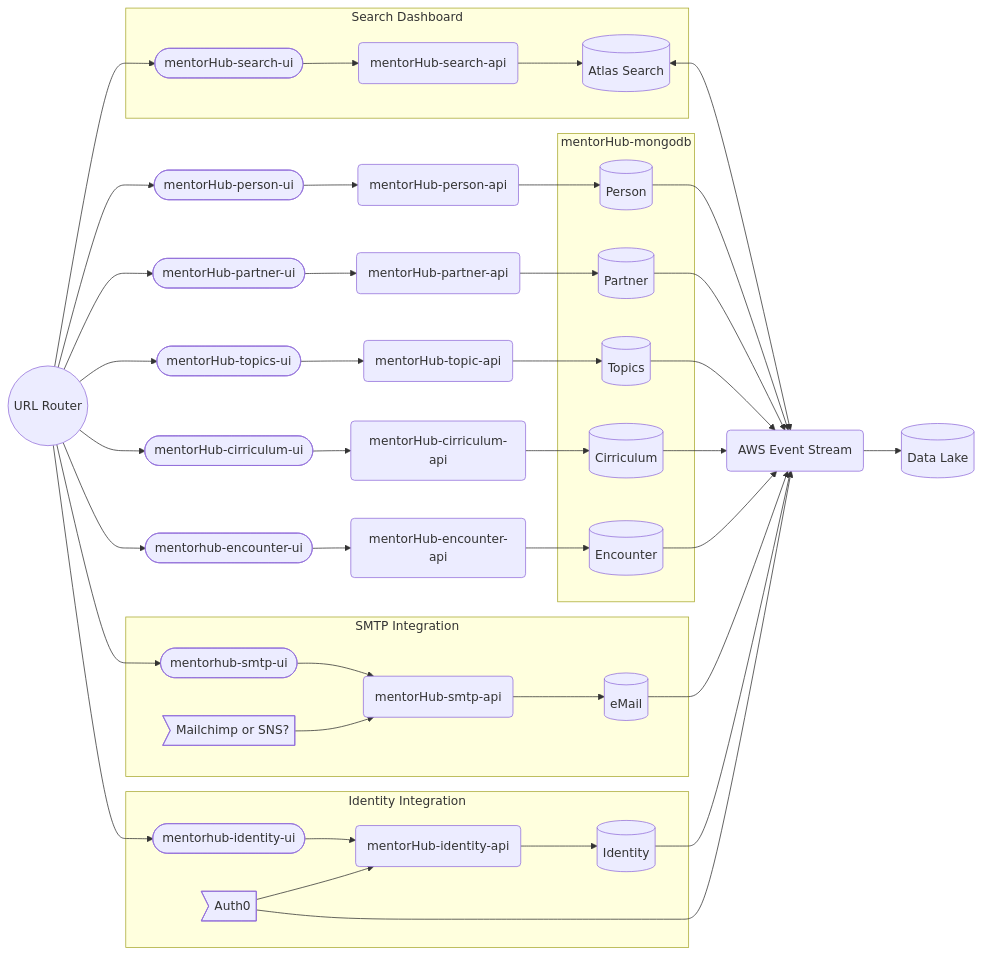
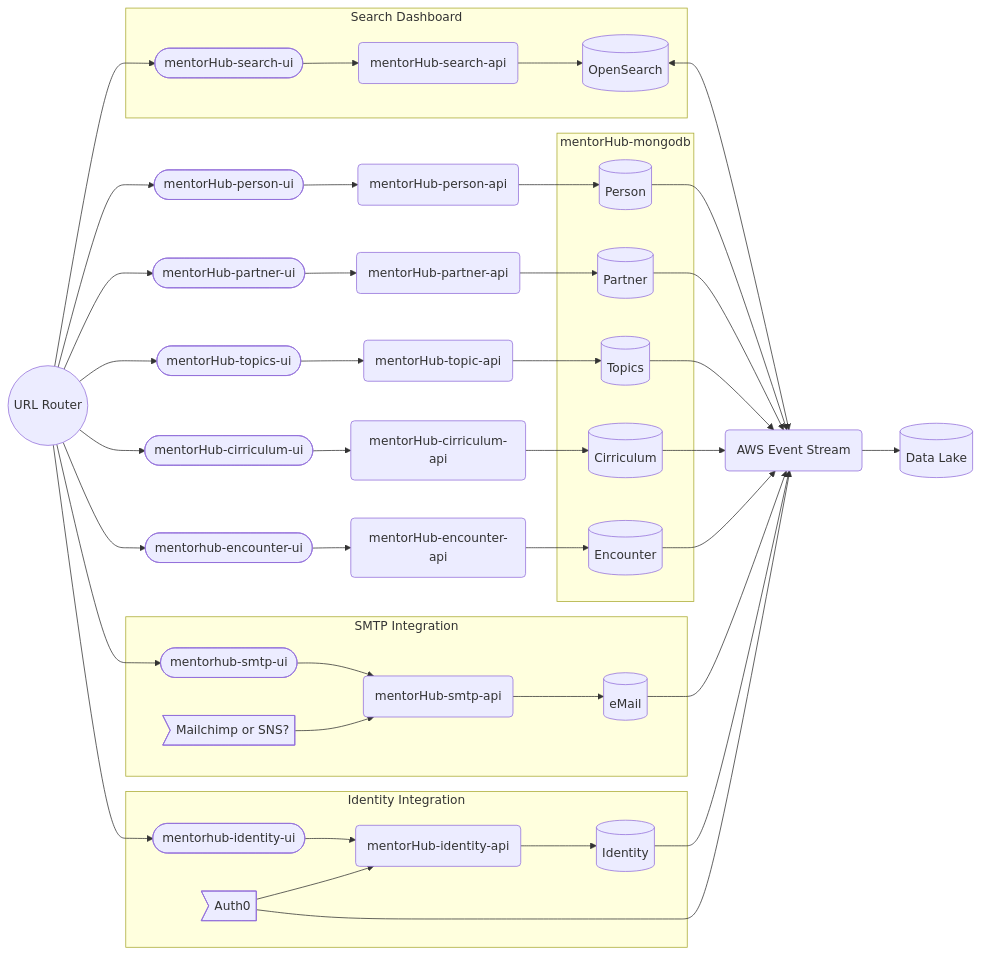
One commit to agile-learning-institute/mentorHub changed the first of 5 diagrams in specifications/ARCHITECTURE.md. Above: the diagram before and after it, drawn with Mermaid. The commit also changed other lines of this file, not shown here.

```diff
--- a/specifications/ARCHITECTURE.md
+++ b/specifications/ARCHITECTURE.md
@@ -29,9 +29,9 @@
     subgraph Search Dashboard
         SearchUI
         --> SearchAPI(mentorHub-search-api)
-        --> SearchDB[(Atlas Search)]
+        --> SearchService[(OpenSearch)]
     end
-    SearchDB <--> BUS
+    SearchService <--> BUS
 
     APIG
     --> PersonUI([mentorHub-person-ui])
```
